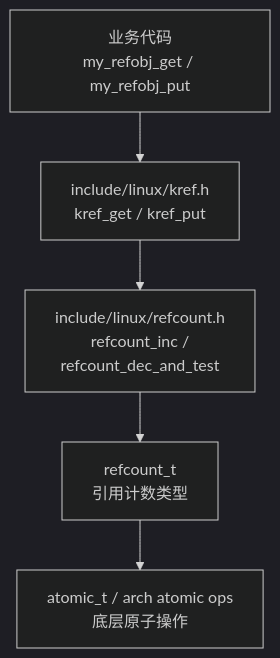
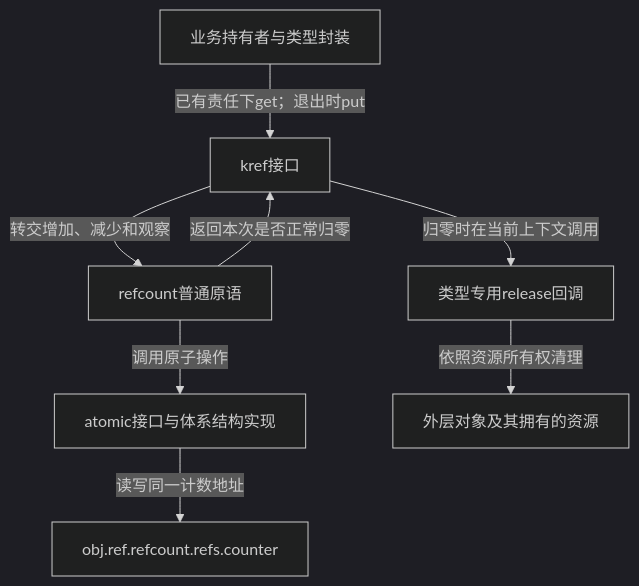
Before and after one commit to FormingSystem/linux_note: the fourth of 6 diagrams in knowledge/linux/object_lifetime/kref/P02_源码入口与结构定义.md, drawn with Mermaid (dark theme). The commit also changed other lines of this file and 15 other files, not shown here.

````diff
--- a/knowledge/linux/object_lifetime/kref/P02_源码入口与结构定义.md
+++ b/knowledge/linux/object_lifetime/kref/P02_源码入口与结构定义.md
@@ -652,13 +648,10 @@
 ```mermaid
-graph TD
-	A["业务代码<br/>my_refobj_get / my_refobj_put"]
-	B["include/linux/kref.h<br/>kref_get / kref_put"]
-	C["include/linux/refcount.h<br/>refcount_inc / <br/>refcount_dec_and_test"]
-	D["refcount_t<br/>引用计数类型"]
-	E["atomic_t / arch atomic ops<br/>底层原子操作"]
-
-	A --> B
-	B --> C
-	C --> D
-	D --> E
+flowchart TD
+    A["业务持有者与类型封装"] -->|"已有责任下get；退出时put"| B["kref接口"]
+    B -->|"转交增加、减少和观察"| C["refcount普通原语"]
+    C -->|"调用原子操作"| D["atomic接口与体系结构实现"]
+    D -->|"读写同一计数地址"| E["obj.ref.refcount.refs.counter"]
+    C -->|"返回本次是否正常归零"| B
+    B -->|"归零时在当前上下文调用"| F["类型专用release回调"]
+    F -->|"依照资源所有权清理"| G["外层对象及其拥有的资源"]
 ```
````
